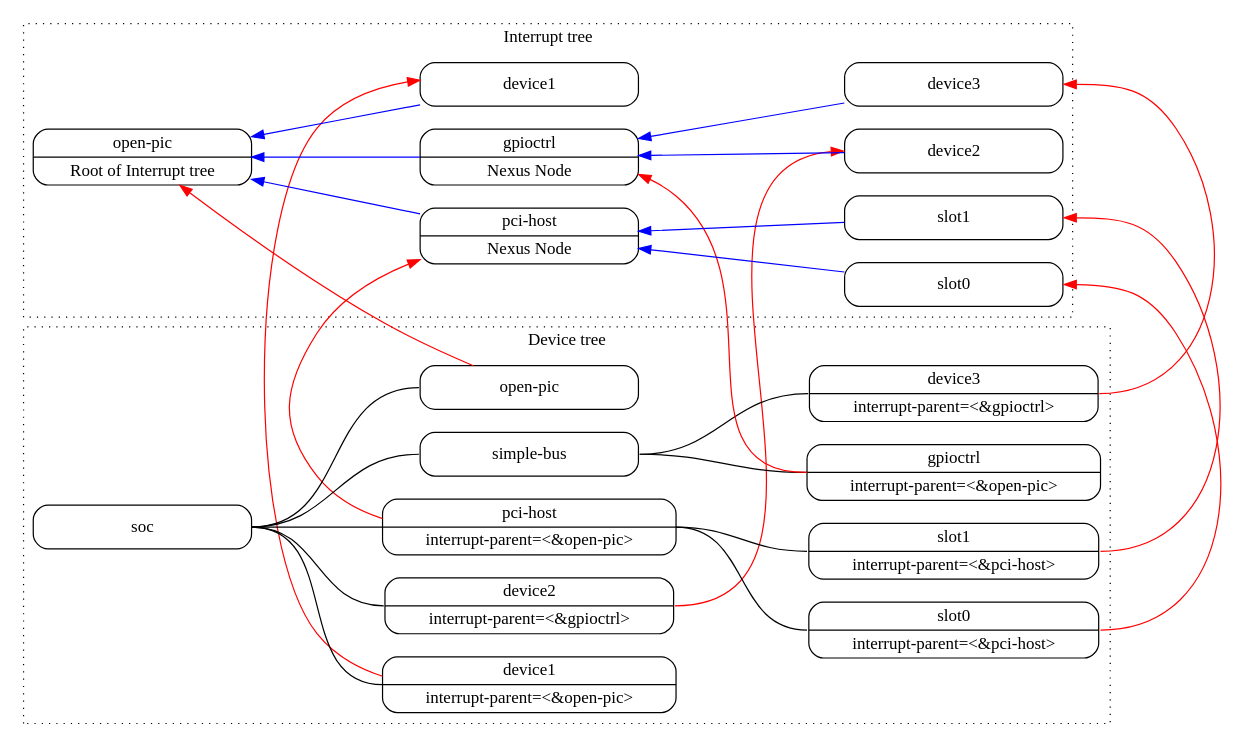
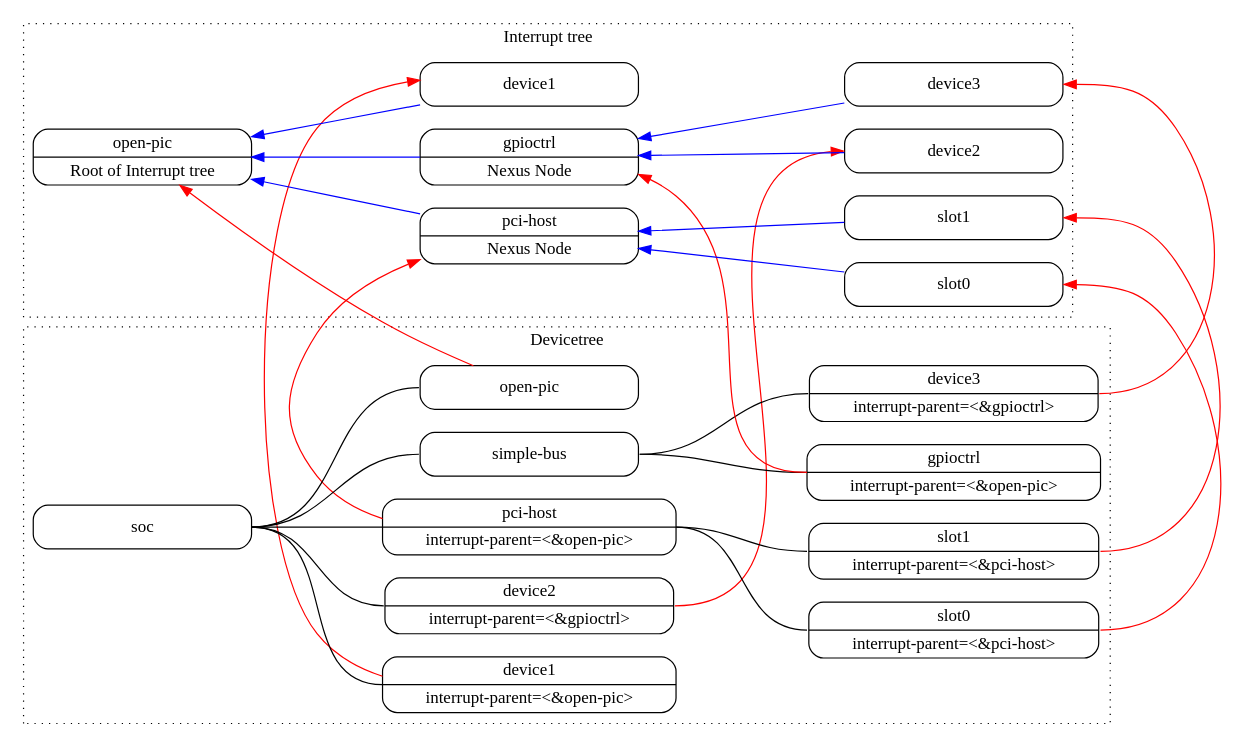
The second of 2 diagrams in source/devicetree-basics.rst (devicetree-org/devicetree-specification), drawn with Graphviz before and after one commit. The commit also changed other lines of this file and 3 other files, not shown here.

```diff
--- a/source/devicetree-basics.rst
+++ b/source/devicetree-basics.rst
@@ -754,65 +756,65 @@
 .. digraph:: tree
    :caption: Example of the interrupt tree
 
    rankdir = LR
    ranksep = "1.5"
    edge [ dir="none" ]
    node [ shape="Mrecord" width="2.5" ]
 
    subgraph cluster_devices {
-      label = "Device tree"
+      label = "Devicetree"
       graph [ style = dotted ]
       "device1" [ label = "device1 | interrupt-parent=\<&open-pic\>" ]
       "device2" [ label = "device2 | interrupt-parent=\<&gpioctrl\>" ]
       "pci-host" [ label = "pci-host | interrupt-parent=\<&open-pic\>" ]
       "slot0" [ label = "slot0 | interrupt-parent=\<&pci-host\>" ]
       "slot1" [ label = "slot1 | interrupt-parent=\<&pci-host\>" ]
       "simple-bus" [ label = "simple-bus" ]
       "gpioctrl" [ label = "gpioctrl | interrupt-parent=\<&open-pic\>" ]
       "device3" [ label = "device3 | interrupt-parent=\<&gpioctrl\>" ]
  
       "soc":e -> "device1":w
       "soc":e -> "device2":w
       "soc":e -> "open-pic":w
       "soc":e -> "pci-host":w
       "soc":e -> "simple-bus":w
       "pci-host":e -> "slot0":w
       "pci-host":e -> "slot1":w
       "simple-bus":e -> "gpioctrl":w
       "simple-bus":e -> "device3":w
    }
 
    subgraph cluster_interrupts {
       label = "Interrupt tree"
       graph [ style = dotted ]
 
       "i-open-pic" [ label = "open-pic | Root of Interrupt tree" ]
       "i-pci-host" [ label = "pci-host | Nexus Node" ]
       "i-gpioctrl" [ label = "gpioctrl | Nexus Node" ]
       "i-device1" [ label = "device1" ]
       "i-device2" [ label = "device2" ]
       "i-device3" [ label = "device3" ]
       "i-slot0" [ label = "slot0" ]
       "i-slot1" [ label = "slot1" ]
 
       edge [dir=back color=blue]
       "i-open-pic" -> "i-device1"
       "i-open-pic" -> "i-pci-host"
       "i-open-pic" -> "i-gpioctrl"
       "i-pci-host" -> "i-slot0"
       "i-pci-host" -> "i-slot1"
       "i-gpioctrl" -> "i-device2"
       "i-gpioctrl" -> "i-device3"
    }
 
    subgraph {
       edge [color="red", constraint=false, dir=forward]
       "open-pic" -> "i-open-pic"
       "gpioctrl":w -> "i-gpioctrl"
       "pci-host" -> "i-pci-host"
       "slot0":e -> "i-slot0":e
       "slot1":e -> "i-slot1":e
       "device1" -> "i-device1"
       "device2":e -> "i-device2":w
       "device3":e -> "i-device3":e
    }
```
